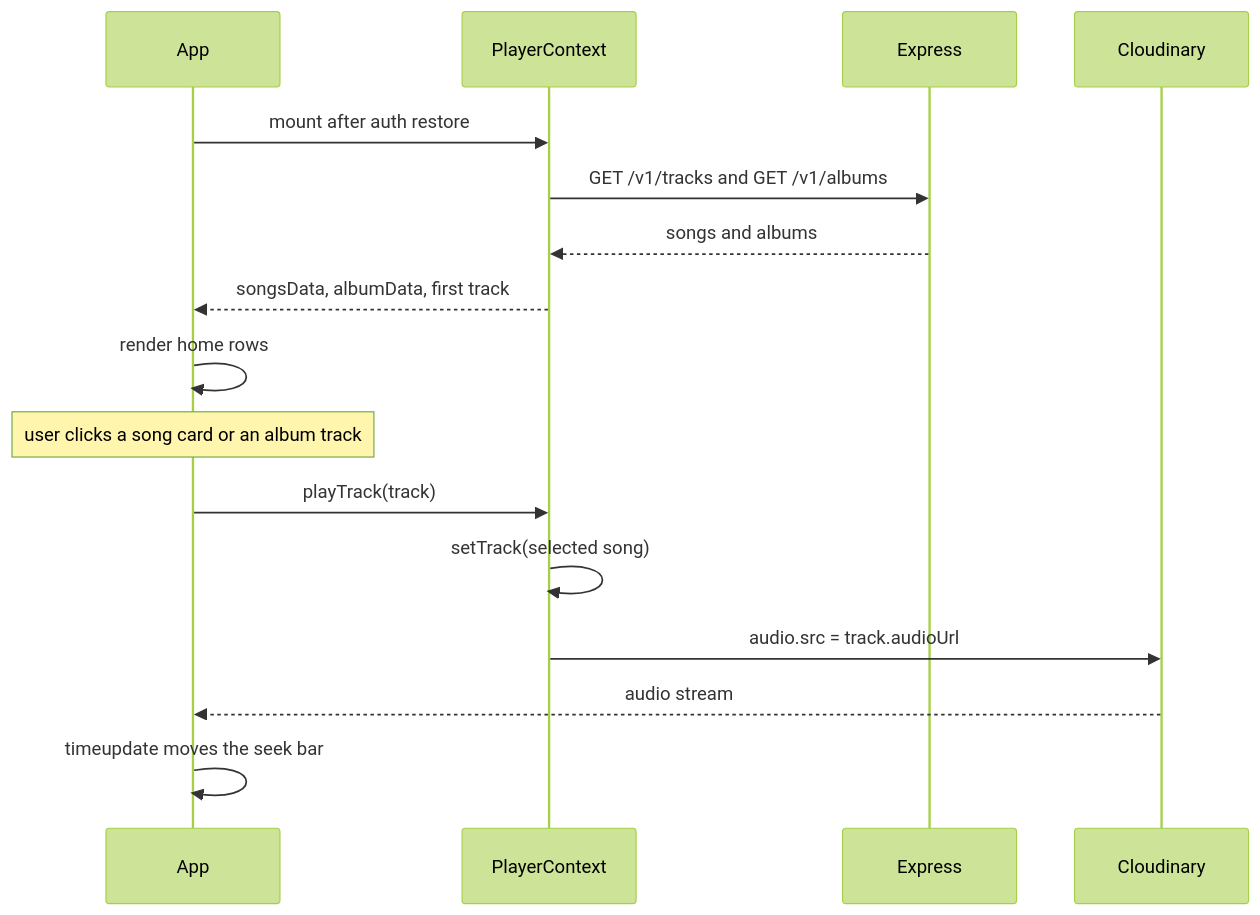
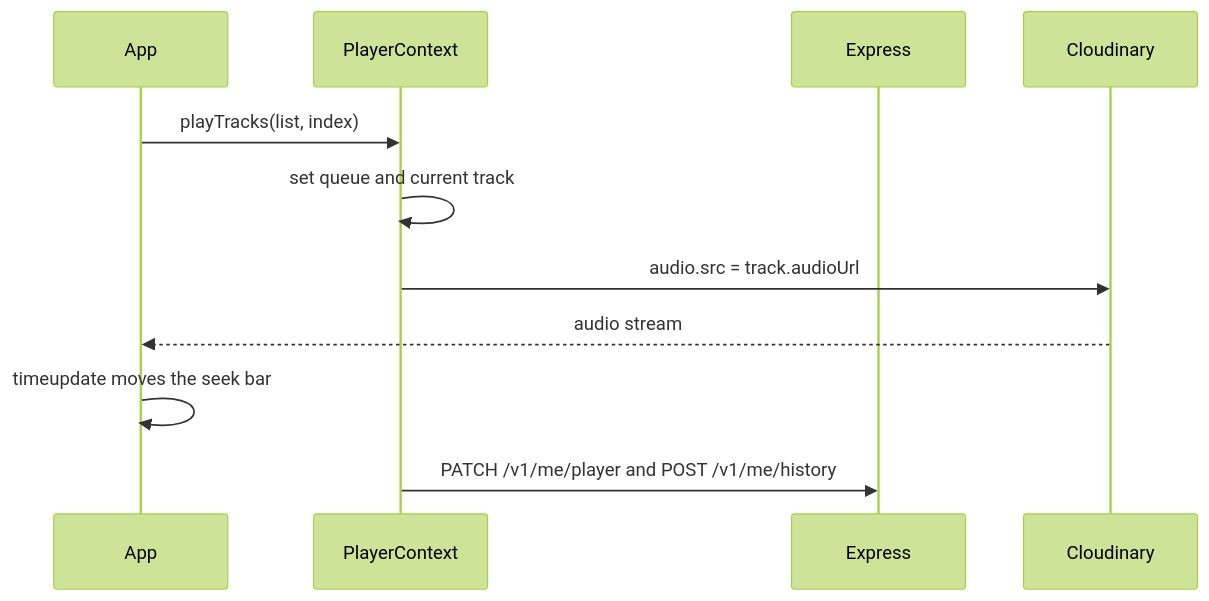
The fifth of 6 diagrams in ARCHITECTURE.md (kuldeepsinghr/Spotify-clone), drawn with Mermaid (forest theme) before and after one commit. The commit also changed other lines of this file and 29 other files, not shown here.

````diff
--- a/ARCHITECTURE.md
+++ b/ARCHITECTURE.md
@@ -160,19 +160,14 @@
 ```mermaid
 sequenceDiagram
   participant UI as App
   participant Ctx as PlayerContext
   participant API as Express
   participant CDN as Cloudinary
 
-  UI->>Ctx: mount after auth restore
-  Ctx->>API: GET /v1/tracks and GET /v1/albums
-  API-->>Ctx: songs and albums
-  Ctx-->>UI: songsData, albumData, first track
-  UI->>UI: render home rows
-  Note over UI: user clicks a song card or an album track
-  UI->>Ctx: playTrack(track)
-  Ctx->>Ctx: setTrack(selected song)
+  UI->>Ctx: playTracks(list, index)
+  Ctx->>Ctx: set queue and current track
   Ctx->>CDN: audio.src = track.audioUrl
   CDN-->>UI: audio stream
   UI->>UI: timeupdate moves the seek bar
+  Ctx->>API: PATCH /v1/me/player and POST /v1/me/history
 ```
````
